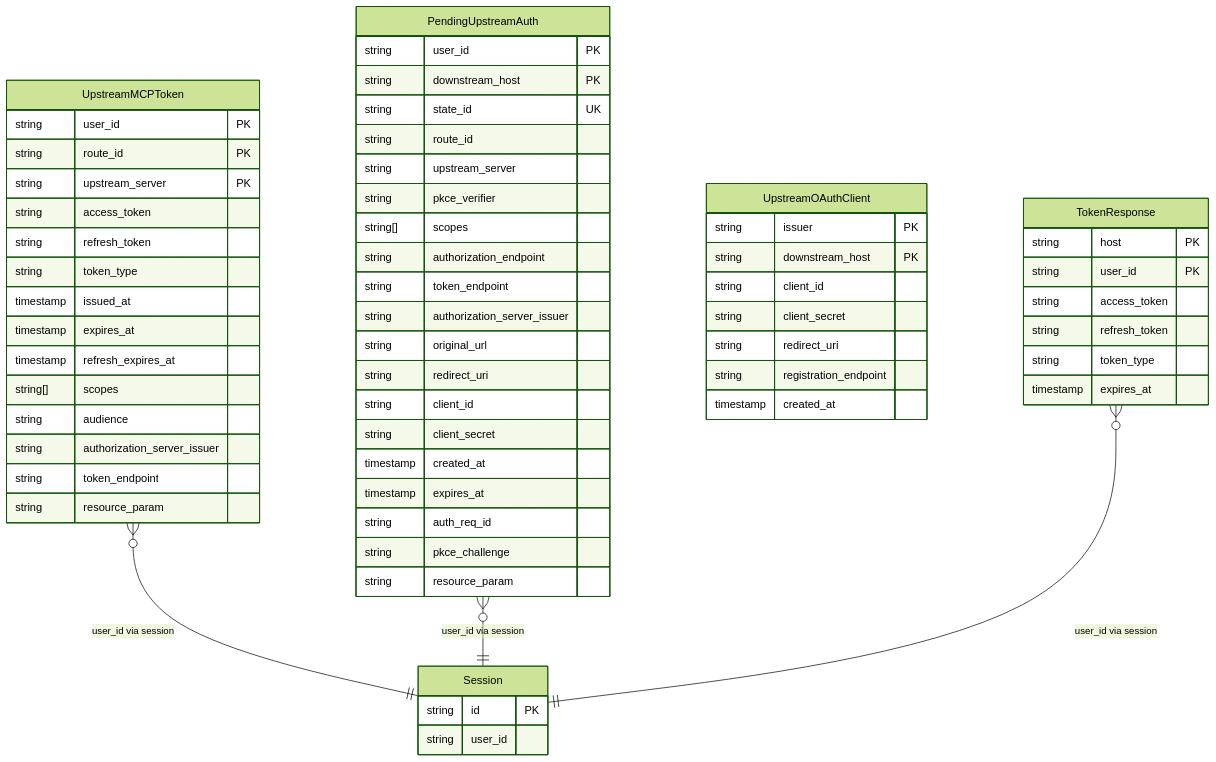
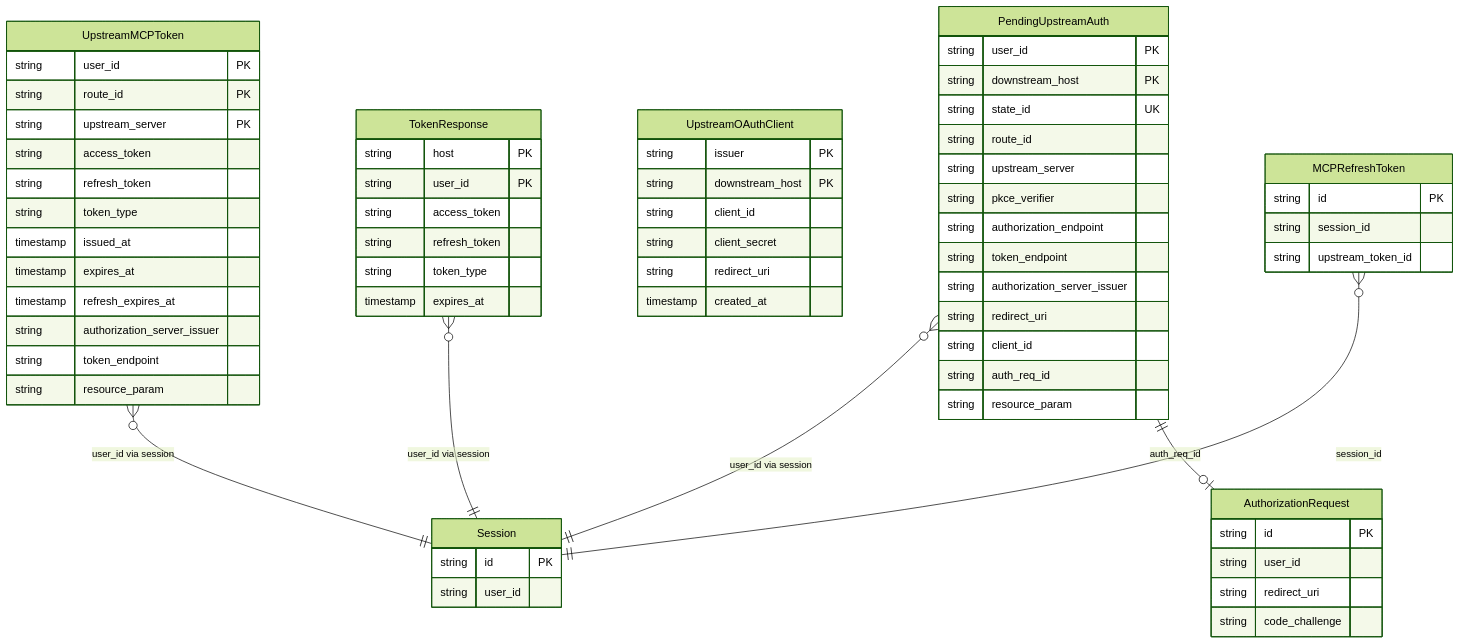
Before and after one commit to pomerium/pomerium: diagram 12 of 14 in internal/mcp/DESIGN.md, drawn with Mermaid (forest theme). The commit also changed other lines of this file, not shown here.

````diff
--- a/internal/mcp/DESIGN.md
+++ b/internal/mcp/DESIGN.md
@@ -542,69 +565,75 @@
 ```mermaid
 erDiagram
     UpstreamMCPToken {
         string user_id PK
         string route_id PK
         string upstream_server PK
         string access_token
         string refresh_token
         string token_type
         timestamp issued_at
         timestamp expires_at
         timestamp refresh_expires_at
-        string[] scopes
-        string audience
         string authorization_server_issuer
         string token_endpoint
         string resource_param
     }
 
     PendingUpstreamAuth {
         string user_id PK
         string downstream_host PK
         string state_id UK
         string route_id
         string upstream_server
         string pkce_verifier
-        string[] scopes
         string authorization_endpoint
         string token_endpoint
         string authorization_server_issuer
-        string original_url
         string redirect_uri
         string client_id
-        string client_secret
-        timestamp created_at
-        timestamp expires_at
         string auth_req_id
-        string pkce_challenge
         string resource_param
     }
 
     UpstreamOAuthClient {
         string issuer PK
         string downstream_host PK
         string client_id
         string client_secret
         string redirect_uri
-        string registration_endpoint
         timestamp created_at
     }
 
     TokenResponse {
         string host PK
         string user_id PK
         string access_token
         string refresh_token
         string token_type
         timestamp expires_at
     }
 
+    AuthorizationRequest {
+        string id PK
+        string user_id
+        string redirect_uri
+        string code_challenge
+    }
+
+    MCPRefreshToken {
+        string id PK
+        string session_id
+        string upstream_token_id
+    }
+
     Session {
         string id PK
         string user_id
     }
 
     UpstreamMCPToken }o--|| Session : "user_id via session"
     PendingUpstreamAuth }o--|| Session : "user_id via session"
+    PendingUpstreamAuth ||--o| AuthorizationRequest : "auth_req_id"
     TokenResponse }o--|| Session : "user_id via session"
+    MCPRefreshToken }o--|| Session : "session_id"
 ```
````
